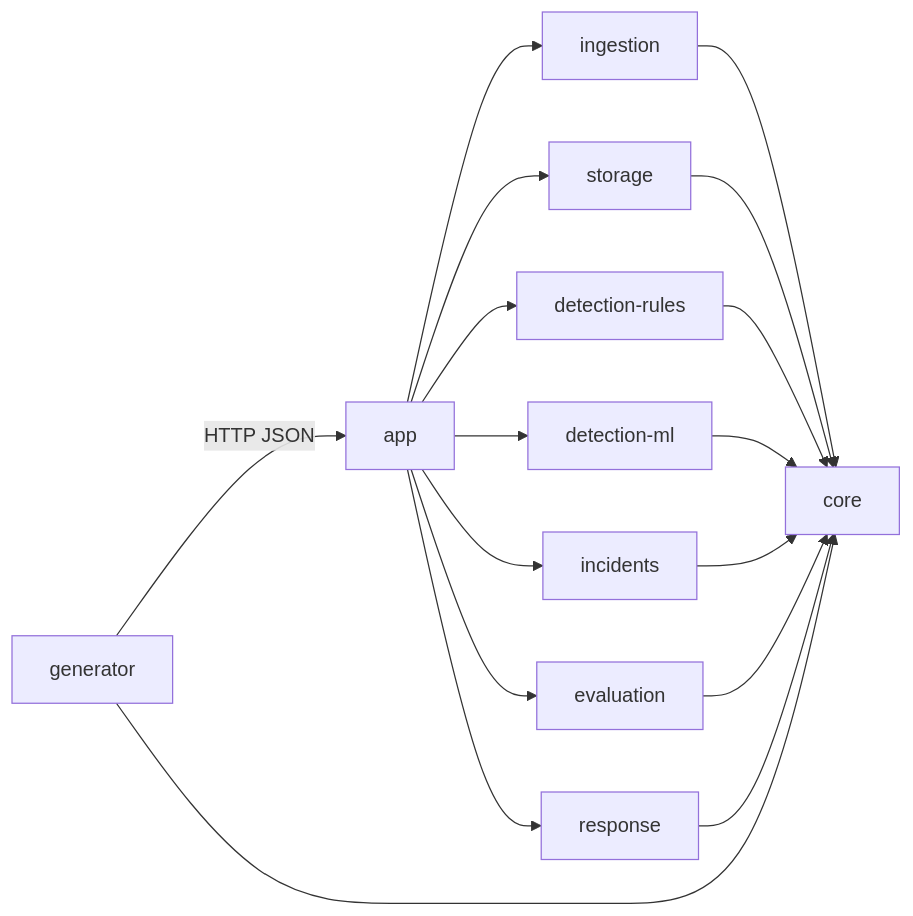
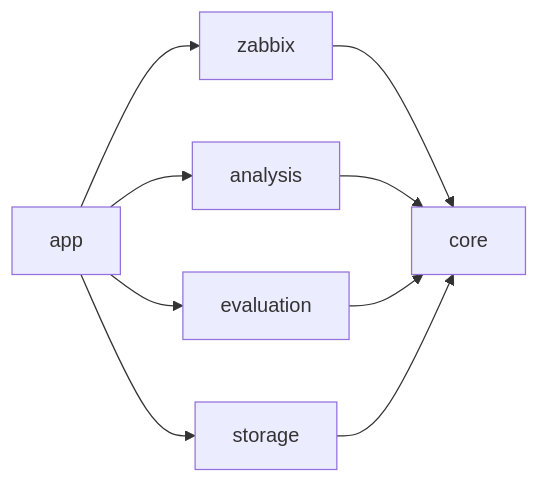
One commit to ITMO-DWS-Green/log-collector changed the diagram in docs/architecture/modules.md. Above: the diagram before and after it, drawn with Mermaid. The commit also changed other lines of this file and 14 other files, not shown here.

````diff
--- a/docs/architecture/modules.md
+++ b/docs/architecture/modules.md
@@ -7,19 +20,11 @@
 ```mermaid
 flowchart LR
-  generator -- HTTP JSON --> app
-  app --> ingestion
+  app --> zabbix
+  app --> analysis
+  app --> evaluation
   app --> storage
-  app --> detection-rules
-  app --> detection-ml
-  app --> incidents
-  app --> evaluation
-  app --> response
-  ingestion --> core
+  zabbix --> core
+  analysis --> core
+  evaluation --> core
   storage --> core
-  detection-rules --> core
-  detection-ml --> core
-  incidents --> core
-  evaluation --> core
-  response --> core
-  generator --> core
 ```
````
